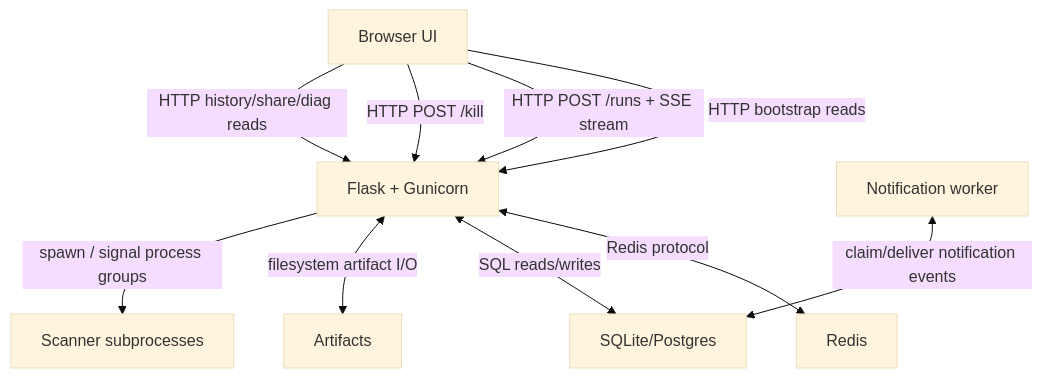
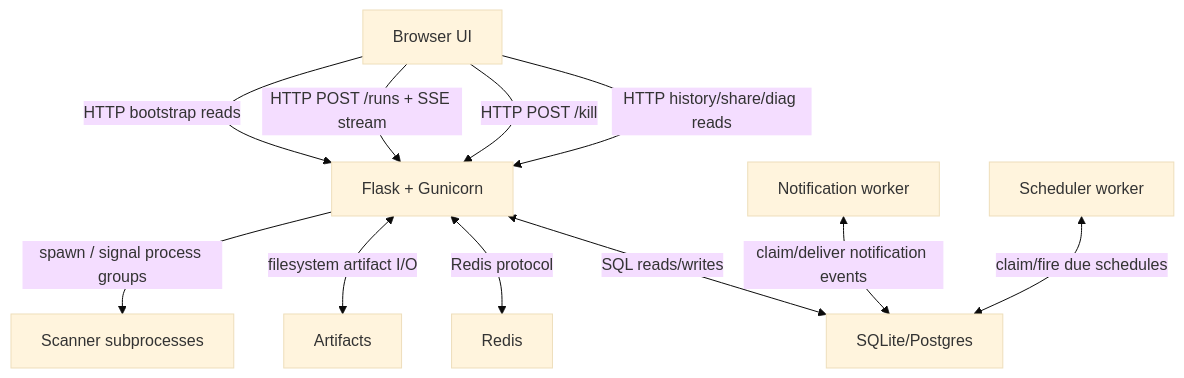
Before and after one commit to darklab-sh/darklab-shell: the second of 10 diagrams in ARCHITECTURE.md, drawn with Mermaid (base theme). The commit also changed other lines of this file and 25 other files, not shown here.

````diff
--- a/ARCHITECTURE.md
+++ b/ARCHITECTURE.md
@@ -106,21 +106,23 @@
 ```mermaid
 flowchart TB
   Browser["Browser UI"]
   Flask["Flask + Gunicorn"]
   Redis["Redis"]
   Database["SQLite/Postgres"]
   Artifacts["Artifacts"]
   Scanner["Scanner subprocesses"]
   Notifier["Notification worker"]
+  Scheduler["Scheduler worker"]
 
   Browser -->|HTTP bootstrap reads| Flask
   Browser -->|HTTP POST /runs + SSE stream| Flask
   Browser -->|HTTP POST /kill| Flask
   Browser -->|HTTP history/share/diag reads| Flask
 
   Flask <--> |Redis protocol| Redis
   Flask <--> |SQL reads/writes| Database
   Flask <--> |filesystem artifact I/O| Artifacts
   Flask -->|spawn / signal process groups| Scanner
   Notifier <--> |claim/deliver notification events| Database
+  Scheduler <--> |claim/fire due schedules| Database
 ```
````
